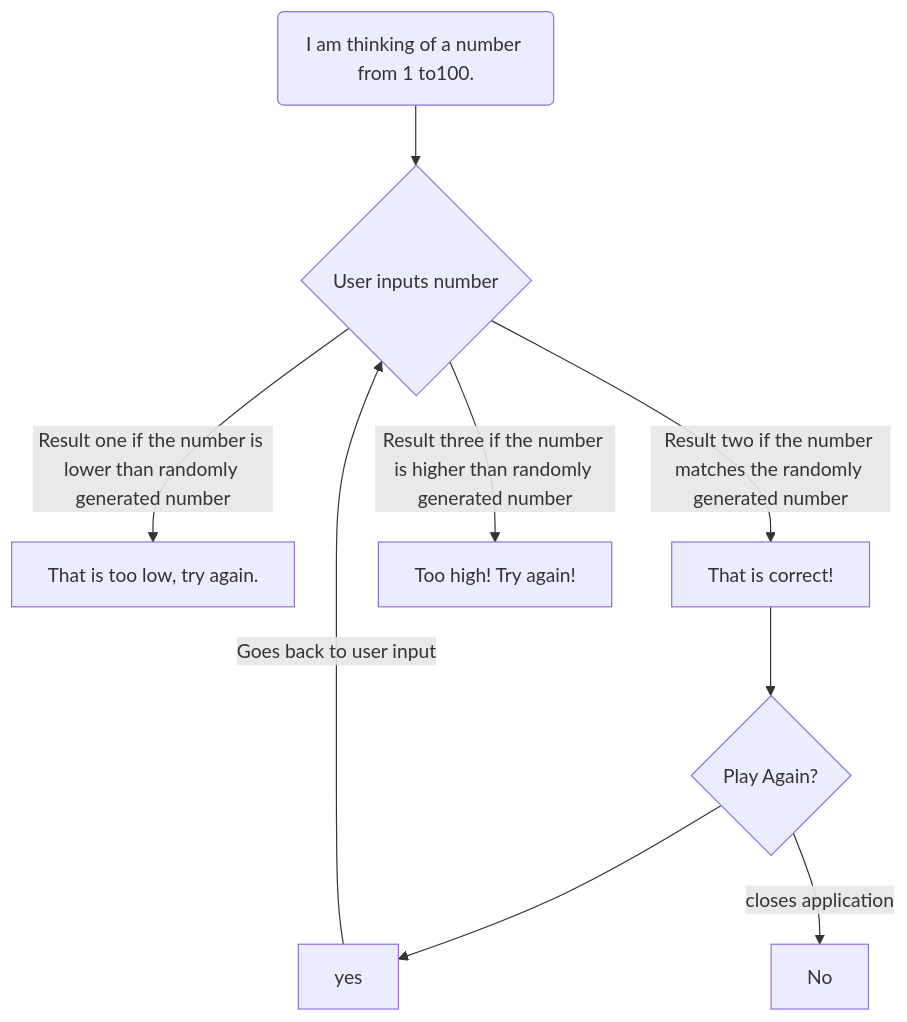
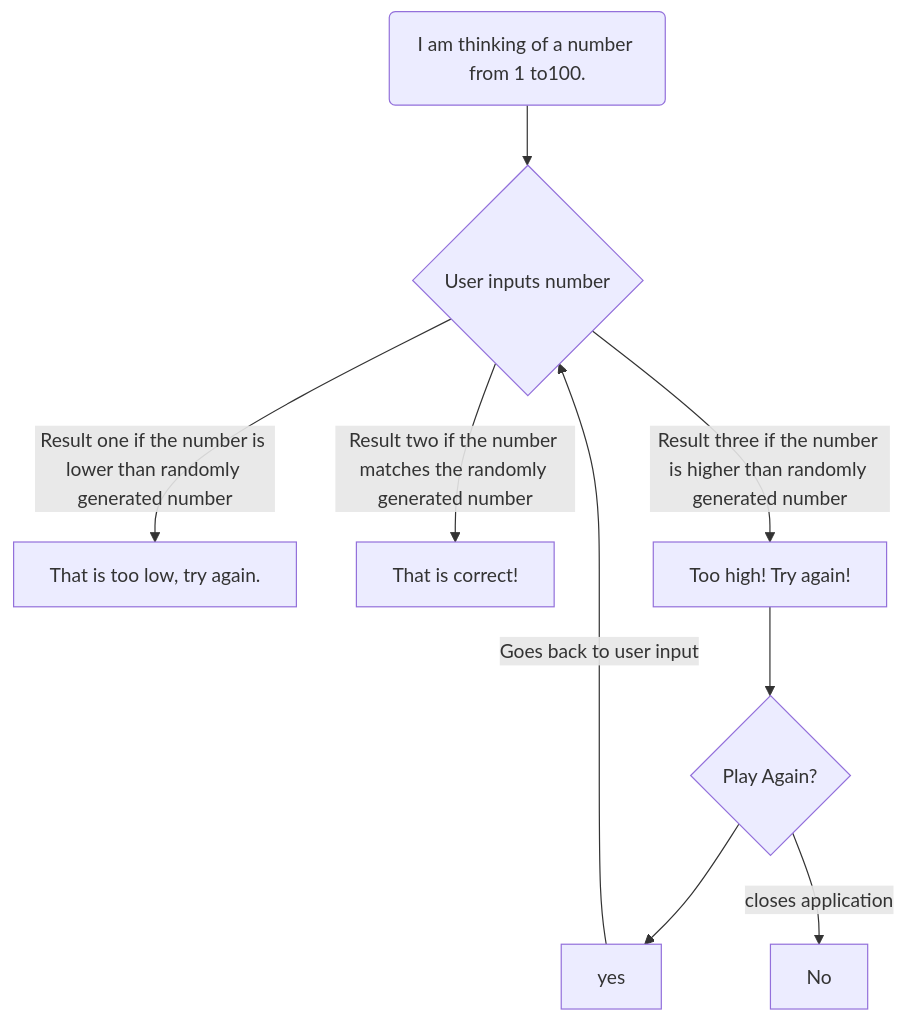
Before and after one commit to Troyboyce41/troyboyce41.github.io: the diagram in Guessing.md, drawn with Mermaid.

````diff
--- a/Guessing.md
+++ b/Guessing.md
@@ -1,11 +1,11 @@
 ```mermaid
 flowchart TD;
 A(I am thinking of a number from 1 to100.) --> B{User inputs number};
 B -->|Result one if the number is lower than randomly generated number| D[That is too low, try again.];
-B -->|Result two if the number matches the randomly generated number| E[That is correct!];
-B -->|Result three if the number is higher than randomly generated number| F[Too high! Try again!];
+B -->|Result two if the number matches the randomly generated number| F[That is correct!];
+B -->|Result three if the number is higher than randomly generated number| E[Too high! Try again!];
 E -->C{Play Again?};
 C --> G[yes];
 C -->|closes application| H[No];
 G --> |Goes back to user input| B;
 ```
````
